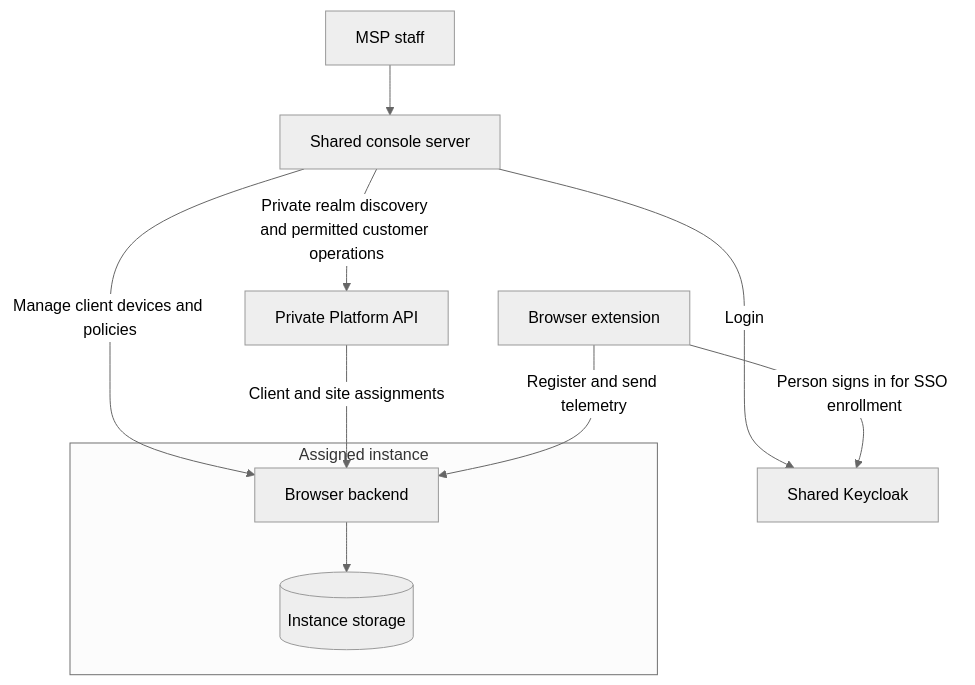
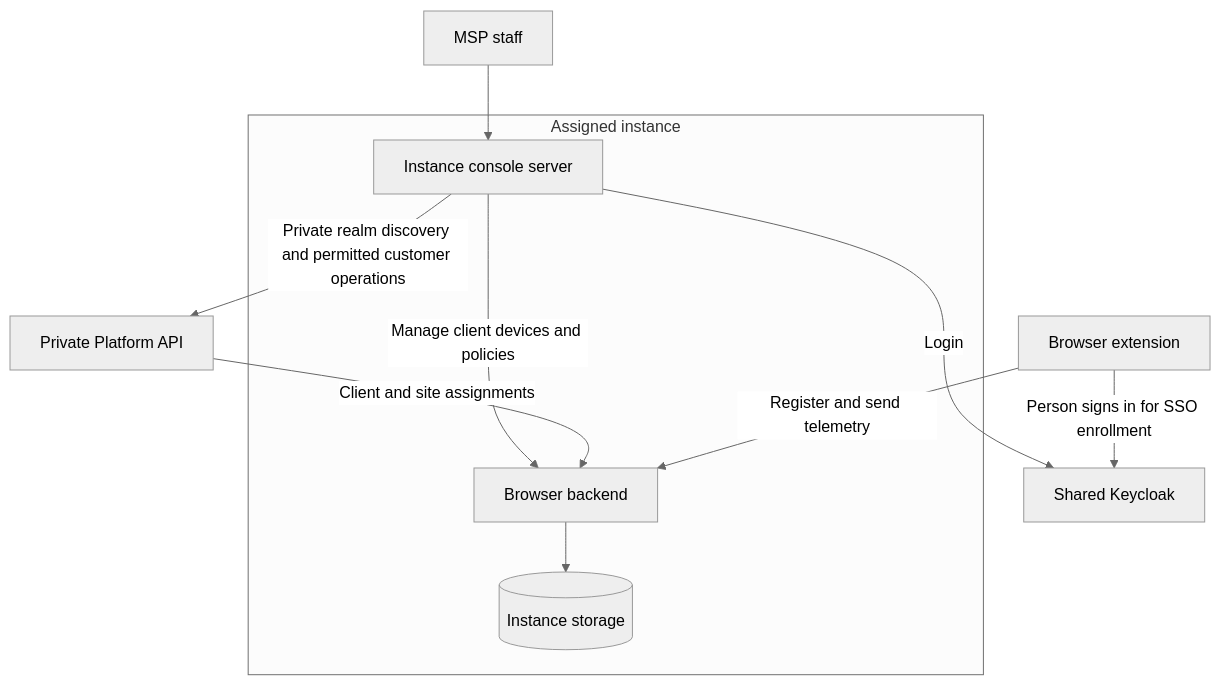
Before and after one commit to mutex-ai/mutexai-browser-platform: the third of 4 diagrams in docs/adrs/adr-000-identity-and-access.md, drawn with Mermaid. The commit also changed other lines of this file and 10 other files, not shown here.

Commit message:
Harden registry validation and simplify architecture docs

````diff
--- a/docs/adrs/adr-000-identity-and-access.md
+++ b/docs/adrs/adr-000-identity-and-access.md
@@ -132,14 +132,15 @@
 ```mermaid
 %%{init: {"theme": "neutral"}}%%
 flowchart TB
-    staff["MSP staff"] --> console["Shared console server"]
+    staff["MSP staff"] --> console
     console -->|"Login"| keycloak["Shared Keycloak"]
     console -->|"Private realm discovery and permitted customer operations"| platform["Private Platform API"]
     console -->|"Manage client devices and policies"| backend
     platform -->|"Client and site assignments"| backend
     extension["Browser extension"] -->|"Register and send telemetry"| backend
     extension -->|"Person signs in for SSO enrollment"| keycloak
     subgraph instance["Assigned instance"]
+        console["Instance console server"]
         backend["Browser backend"] --> storage[("Instance storage")]
     end
 ```
````
